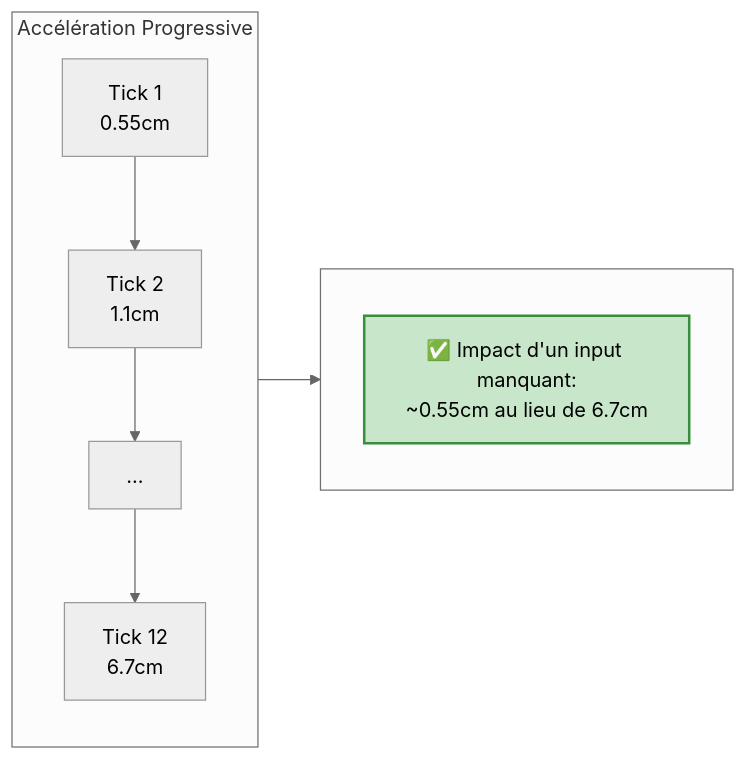
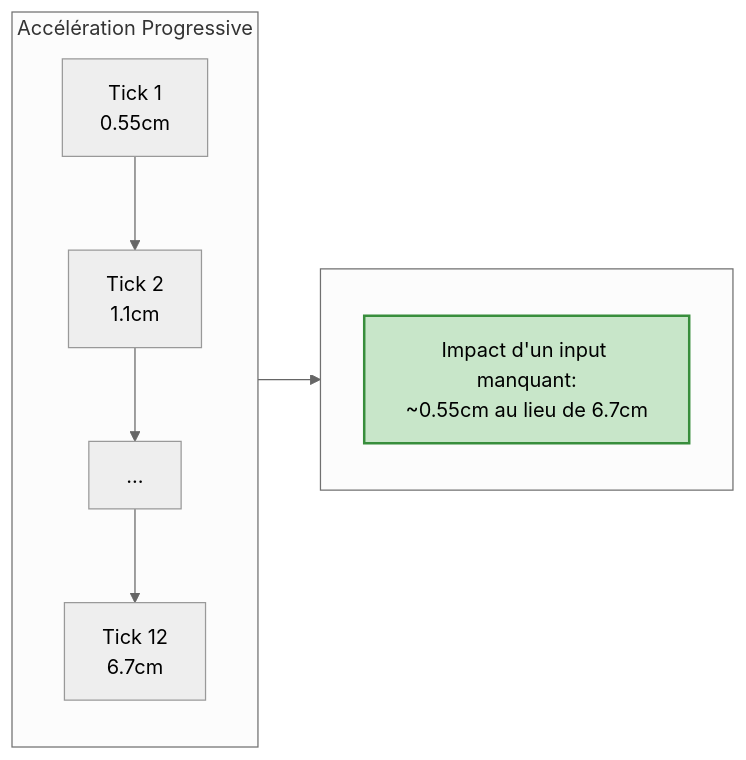
Before and after one commit to stefanmoisoiu/MouvementServerAuthoritatif-UnityNGO: diagram 13 of 13 in README.md, drawn with Mermaid (neutral theme). The commit also changed other lines of this file, not shown here.

````diff
--- a/README.md
+++ b/README.md
@@ -473,17 +473,17 @@
 ```mermaid
 graph LR
     subgraph Progressive["Accélération Progressive"]
         T1["Tick 1<br/>0.55cm"]
         T2["Tick 2<br/>1.1cm"]
         T3["..."] 
         T12["Tick 12<br/>6.7cm"]
         T1 --> T2 --> T3 --> T12
     end
     
     subgraph Impact[" "]
-        Result["✅ Impact d'un input manquant:<br/>~0.55cm au lieu de 6.7cm"]
+        Result["Impact d'un input manquant:<br/>~0.55cm au lieu de 6.7cm"]
         style Result fill:#c8e6c9,stroke:#388e3c,stroke-width:2px
     end
     
     Progressive --> Impact
 ```
````
